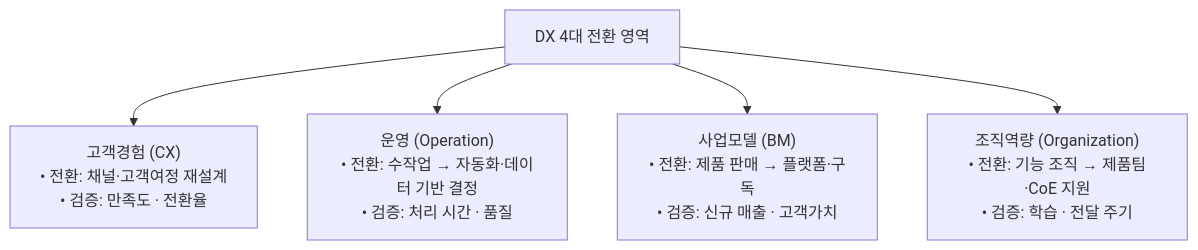
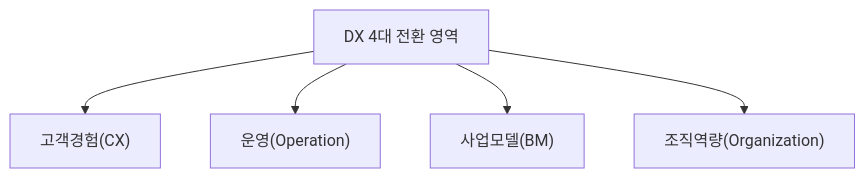
Before and after one commit to agnusdei1207/study: the second of 3 diagrams in src/content/docs/notes/itpe/01-it-strategy/020_digital_transformation.md, drawn with Mermaid. The commit also changed other lines of this file and 19 other files, not shown here.

````diff
--- a/src/content/docs/notes/itpe/01-it-strategy/020_digital_transformation.md
+++ b/src/content/docs/notes/itpe/01-it-strategy/020_digital_transformation.md
@@ -73,9 +75,8 @@
 ```mermaid
 flowchart TD
     ROOT["DX 4대 전환 영역"]
-
-    ROOT --> CX["고객경험 (CX)<br/>• 전환: 채널·고객여정 재설계<br/>• 검증: 만족도 · 전환율"]
-    ROOT --> OP["운영 (Operation)<br/>• 전환: 수작업 → 자동화·데이터 기반 결정<br/>• 검증: 처리 시간 · 품질"]
-    ROOT --> BM["사업모델 (BM)<br/>• 전환: 제품 판매 → 플랫폼·구독<br/>• 검증: 신규 매출 · 고객가치"]
-    ROOT --> ORG["조직역량 (Organization)<br/>• 전환: 기능 조직 → 제품팀·CoE 지원<br/>• 검증: 학습 · 전달 주기"]
+    ROOT --> CX["고객경험(CX)"]
+    ROOT --> OP["운영(Operation)"]
+    ROOT --> BM["사업모델(BM)"]
+    ROOT --> ORG["조직역량(Organization)"]
 ```
````
